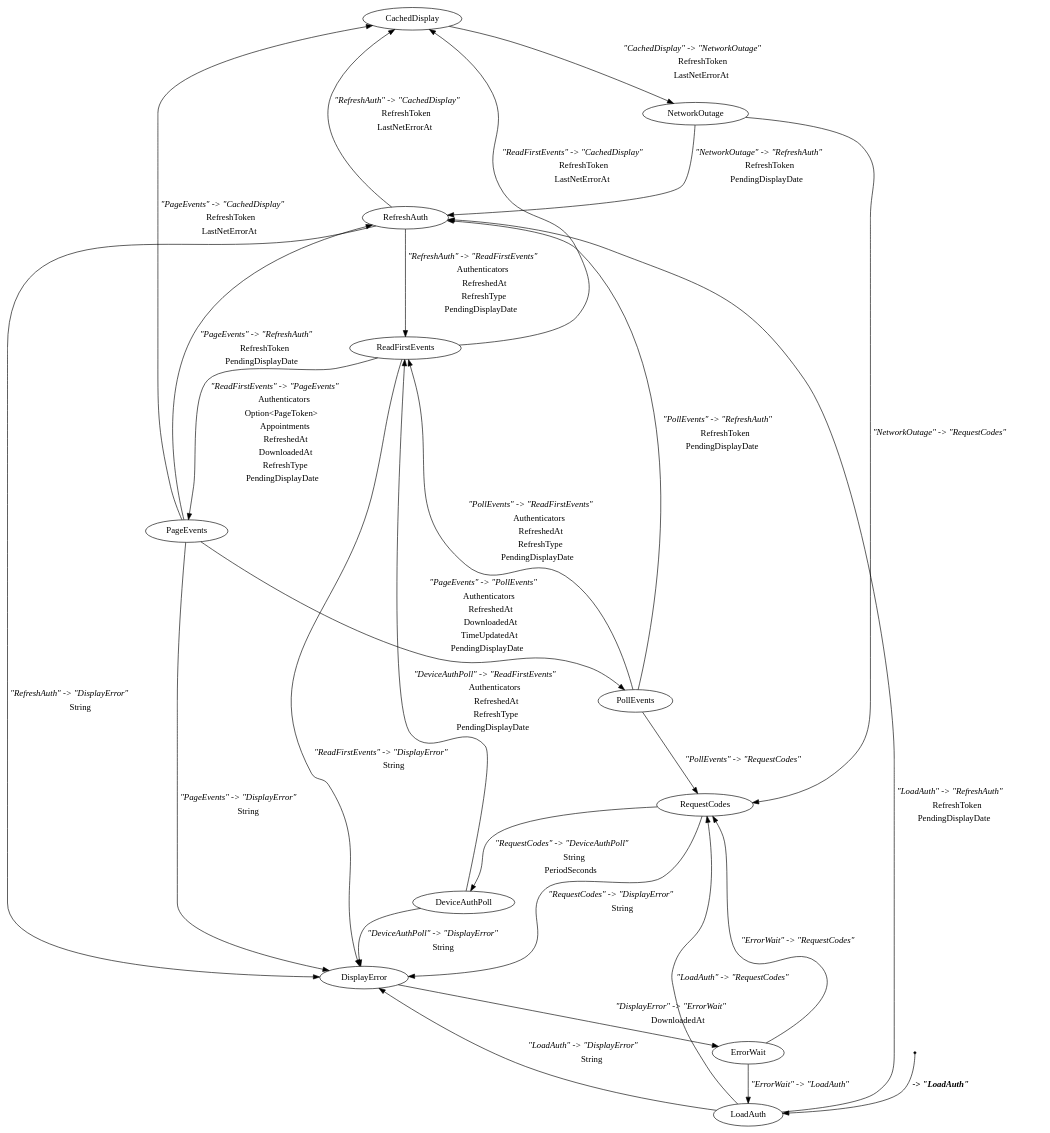
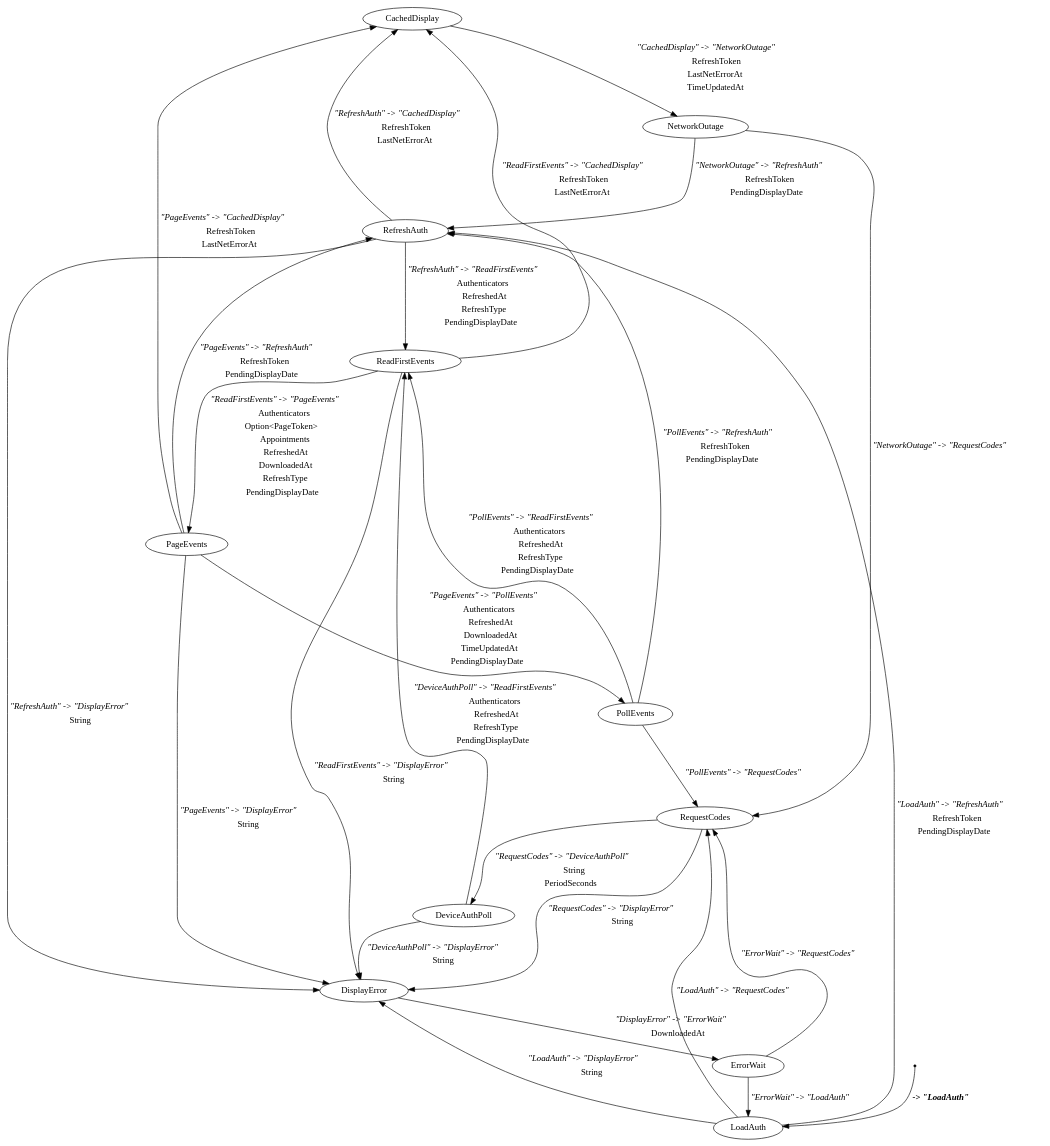
One commit to kieranjwhite/calendar_mirror changed the diagram in docs/cal_machine.dot. Above: the diagram before and after it, drawn with Graphviz. The commit also changed 1 other file, not shown here.

Commit message:
updated cal machine stm to support time refreshing when there's a network outage

```diff
--- a/docs/cal_machine.dot
+++ b/docs/cal_machine.dot
@@ -1,41 +1,41 @@
 digraph cal_stm {
     CachedDisplay[label="CachedDisplay"][shape="ellipse"];
     DeviceAuthPoll[label="DeviceAuthPoll"][shape="ellipse"];
     DisplayError[label="DisplayError"][shape="ellipse"];
     ErrorWait[label="ErrorWait"][shape="ellipse"];
     LoadAuth[label="LoadAuth"][shape="ellipse"];
     NetworkOutage[label="NetworkOutage"][shape="ellipse"];
     PageEvents[label="PageEvents"][shape="ellipse"];
     PollEvents[label="PollEvents"][shape="ellipse"];
     ReadFirstEvents[label="ReadFirstEvents"][shape="ellipse"];
     RefreshAuth[label="RefreshAuth"][shape="ellipse"];
     RequestCodes[label="RequestCodes"][shape="ellipse"];
     _start[label="_start"][shape="point"];
     _start -> LoadAuth[label=<<TABLE BORDER="0"><TR><TD><B><I> -&gt; "LoadAuth"</I></B></TD></TR></TABLE>>];
     ErrorWait -> LoadAuth[label=<<TABLE BORDER="0"><TR><TD><I>"ErrorWait" -&gt; "LoadAuth"</I></TD></TR></TABLE>>];
     DisplayError -> ErrorWait[label=<<TABLE BORDER="0"><TR><TD><I>"DisplayError" -&gt; "ErrorWait"</I></TD></TR><TR><TD>DownloadedAt</TD></TR></TABLE>>];
     ErrorWait -> RequestCodes[label=<<TABLE BORDER="0"><TR><TD><I>"ErrorWait" -&gt; "RequestCodes"</I></TD></TR></TABLE>>];
     LoadAuth -> RequestCodes[label=<<TABLE BORDER="0"><TR><TD><I>"LoadAuth" -&gt; "RequestCodes"</I></TD></TR></TABLE>>];
     NetworkOutage -> RequestCodes[label=<<TABLE BORDER="0"><TR><TD><I>"NetworkOutage" -&gt; "RequestCodes"</I></TD></TR></TABLE>>];
     PollEvents -> RequestCodes[label=<<TABLE BORDER="0"><TR><TD><I>"PollEvents" -&gt; "RequestCodes"</I></TD></TR></TABLE>>];
     LoadAuth -> RefreshAuth[label=<<TABLE BORDER="0"><TR><TD><I>"LoadAuth" -&gt; "RefreshAuth"</I></TD></TR><TR><TD>RefreshToken</TD></TR><TR><TD>PendingDisplayDate</TD></TR></TABLE>>];
     NetworkOutage -> RefreshAuth[label=<<TABLE BORDER="0"><TR><TD><I>"NetworkOutage" -&gt; "RefreshAuth"</I></TD></TR><TR><TD>RefreshToken</TD></TR><TR><TD>PendingDisplayDate</TD></TR></TABLE>>];
     PageEvents -> RefreshAuth[label=<<TABLE BORDER="0"><TR><TD><I>"PageEvents" -&gt; "RefreshAuth"</I></TD></TR><TR><TD>RefreshToken</TD></TR><TR><TD>PendingDisplayDate</TD></TR></TABLE>>];
     PollEvents -> RefreshAuth[label=<<TABLE BORDER="0"><TR><TD><I>"PollEvents" -&gt; "RefreshAuth"</I></TD></TR><TR><TD>RefreshToken</TD></TR><TR><TD>PendingDisplayDate</TD></TR></TABLE>>];
     DeviceAuthPoll -> ReadFirstEvents[label=<<TABLE BORDER="0"><TR><TD><I>"DeviceAuthPoll" -&gt; "ReadFirstEvents"</I></TD></TR><TR><TD>Authenticators</TD></TR><TR><TD>RefreshedAt</TD></TR><TR><TD>RefreshType</TD></TR><TR><TD>PendingDisplayDate</TD></TR></TABLE>>];
     RefreshAuth -> ReadFirstEvents[label=<<TABLE BORDER="0"><TR><TD><I>"RefreshAuth" -&gt; "ReadFirstEvents"</I></TD></TR><TR><TD>Authenticators</TD></TR><TR><TD>RefreshedAt</TD></TR><TR><TD>RefreshType</TD></TR><TR><TD>PendingDisplayDate</TD></TR></TABLE>>];
     PollEvents -> ReadFirstEvents[label=<<TABLE BORDER="0"><TR><TD><I>"PollEvents" -&gt; "ReadFirstEvents"</I></TD></TR><TR><TD>Authenticators</TD></TR><TR><TD>RefreshedAt</TD></TR><TR><TD>RefreshType</TD></TR><TR><TD>PendingDisplayDate</TD></TR></TABLE>>];
     RequestCodes -> DeviceAuthPoll[label=<<TABLE BORDER="0"><TR><TD><I>"RequestCodes" -&gt; "DeviceAuthPoll"</I></TD></TR><TR><TD>String</TD></TR><TR><TD>PeriodSeconds</TD></TR></TABLE>>];
     LoadAuth -> DisplayError[label=<<TABLE BORDER="0"><TR><TD><I>"LoadAuth" -&gt; "DisplayError"</I></TD></TR><TR><TD>String</TD></TR></TABLE>>];
     PageEvents -> DisplayError[label=<<TABLE BORDER="0"><TR><TD><I>"PageEvents" -&gt; "DisplayError"</I></TD></TR><TR><TD>String</TD></TR></TABLE>>];
     DeviceAuthPoll -> DisplayError[label=<<TABLE BORDER="0"><TR><TD><I>"DeviceAuthPoll" -&gt; "DisplayError"</I></TD></TR><TR><TD>String</TD></TR></TABLE>>];
     ReadFirstEvents -> DisplayError[label=<<TABLE BORDER="0"><TR><TD><I>"ReadFirstEvents" -&gt; "DisplayError"</I></TD></TR><TR><TD>String</TD></TR></TABLE>>];
     RefreshAuth -> DisplayError[label=<<TABLE BORDER="0"><TR><TD><I>"RefreshAuth" -&gt; "DisplayError"</I></TD></TR><TR><TD>String</TD></TR></TABLE>>];
     RequestCodes -> DisplayError[label=<<TABLE BORDER="0"><TR><TD><I>"RequestCodes" -&gt; "DisplayError"</I></TD></TR><TR><TD>String</TD></TR></TABLE>>];
     ReadFirstEvents -> PageEvents[label=<<TABLE BORDER="0"><TR><TD><I>"ReadFirstEvents" -&gt; "PageEvents"</I></TD></TR><TR><TD>Authenticators</TD></TR><TR><TD>Option&lt;PageToken&gt;</TD></TR><TR><TD>Appointments</TD></TR><TR><TD>RefreshedAt</TD></TR><TR><TD>DownloadedAt</TD></TR><TR><TD>RefreshType</TD></TR><TR><TD>PendingDisplayDate</TD></TR></TABLE>>];
     PageEvents -> PollEvents[label=<<TABLE BORDER="0"><TR><TD><I>"PageEvents" -&gt; "PollEvents"</I></TD></TR><TR><TD>Authenticators</TD></TR><TR><TD>RefreshedAt</TD></TR><TR><TD>DownloadedAt</TD></TR><TR><TD>TimeUpdatedAt</TD></TR><TR><TD>PendingDisplayDate</TD></TR></TABLE>>];
     RefreshAuth -> CachedDisplay[label=<<TABLE BORDER="0"><TR><TD><I>"RefreshAuth" -&gt; "CachedDisplay"</I></TD></TR><TR><TD>RefreshToken</TD></TR><TR><TD>LastNetErrorAt</TD></TR></TABLE>>];
     ReadFirstEvents -> CachedDisplay[label=<<TABLE BORDER="0"><TR><TD><I>"ReadFirstEvents" -&gt; "CachedDisplay"</I></TD></TR><TR><TD>RefreshToken</TD></TR><TR><TD>LastNetErrorAt</TD></TR></TABLE>>];
     PageEvents -> CachedDisplay[label=<<TABLE BORDER="0"><TR><TD><I>"PageEvents" -&gt; "CachedDisplay"</I></TD></TR><TR><TD>RefreshToken</TD></TR><TR><TD>LastNetErrorAt</TD></TR></TABLE>>];
-    CachedDisplay -> NetworkOutage[label=<<TABLE BORDER="0"><TR><TD><I>"CachedDisplay" -&gt; "NetworkOutage"</I></TD></TR><TR><TD>RefreshToken</TD></TR><TR><TD>LastNetErrorAt</TD></TR></TABLE>>];
+    CachedDisplay -> NetworkOutage[label=<<TABLE BORDER="0"><TR><TD><I>"CachedDisplay" -&gt; "NetworkOutage"</I></TD></TR><TR><TD>RefreshToken</TD></TR><TR><TD>LastNetErrorAt</TD></TR><TR><TD>TimeUpdatedAt</TD></TR></TABLE>>];
 }
```
